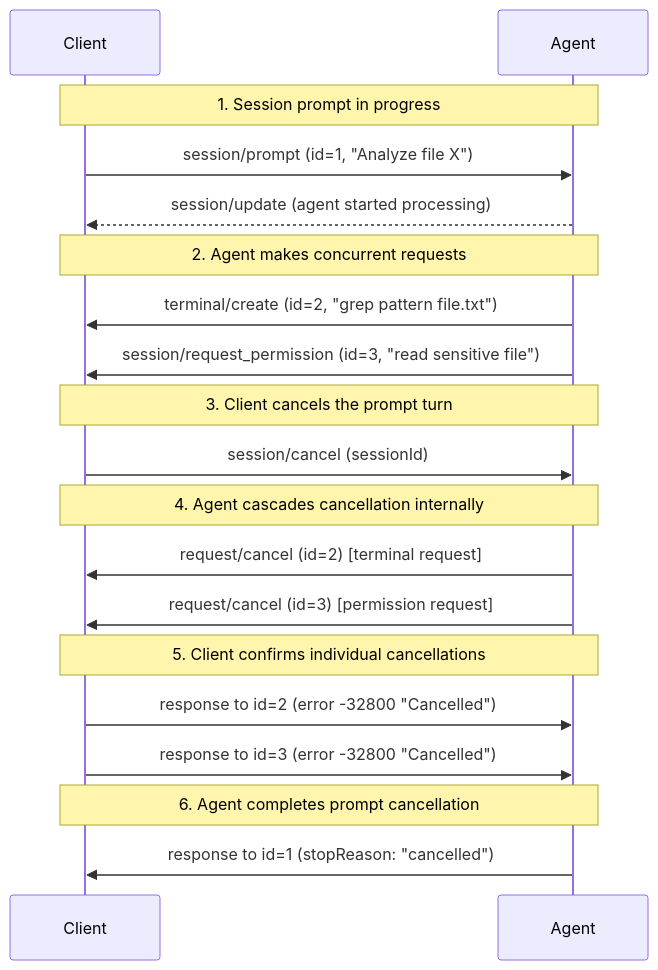
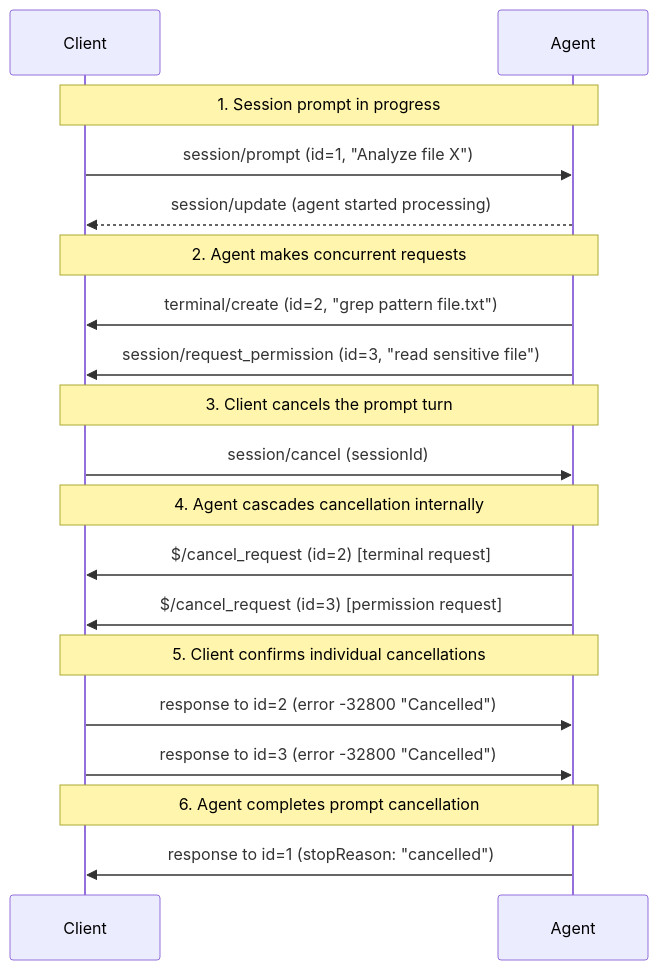
One commit to agentclientprotocol/agent-client-protocol changed the diagram in docs/protocol/draft/cancellation.mdx. Above: the diagram before and after it, drawn with Mermaid. The commit also changed other lines of this file and 8 other files, not shown here.

First line of the commit message:
Rename cancellation method to $/cancel_request

````diff
--- a/docs/protocol/draft/cancellation.mdx
+++ b/docs/protocol/draft/cancellation.mdx
@@ -49,27 +49,27 @@
 ```mermaid
 sequenceDiagram
     participant Client
     participant Agent
 
     Note over Client,Agent: 1. Session prompt in progress
     Client->>Agent: session/prompt (id=1, "Analyze file X")
     Agent-->>Client: session/update (agent started processing)
 
     Note over Client,Agent: 2. Agent makes concurrent requests
     Agent->>Client: terminal/create (id=2, "grep pattern file.txt")
     Agent->>Client: session/request_permission (id=3, "read sensitive file")
 
     Note over Client,Agent: 3. Client cancels the prompt turn
     Client->>Agent: session/cancel (sessionId)
 
     Note over Client,Agent: 4. Agent cascades cancellation internally
-    Agent->>Client: request/cancel (id=2) [terminal request]
-    Agent->>Client: request/cancel (id=3) [permission request]
+    Agent->>Client: $/cancel_request (id=2) [terminal request]
+  Agent->>Client: $/cancel_request (id=3) [permission request]
 
     Note over Client,Agent: 5. Client confirms individual cancellations
     Client->>Agent: response to id=2 (error -32800 "Cancelled")
     Client->>Agent: response to id=3 (error -32800 "Cancelled")
 
     Note over Client,Agent: 6. Agent completes prompt cancellation
     Agent->>Client: response to id=1 (stopReason: "cancelled")
 ```
````
